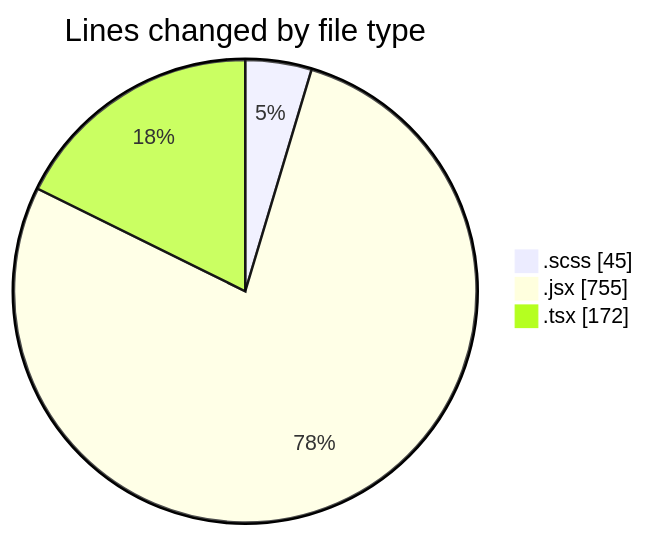
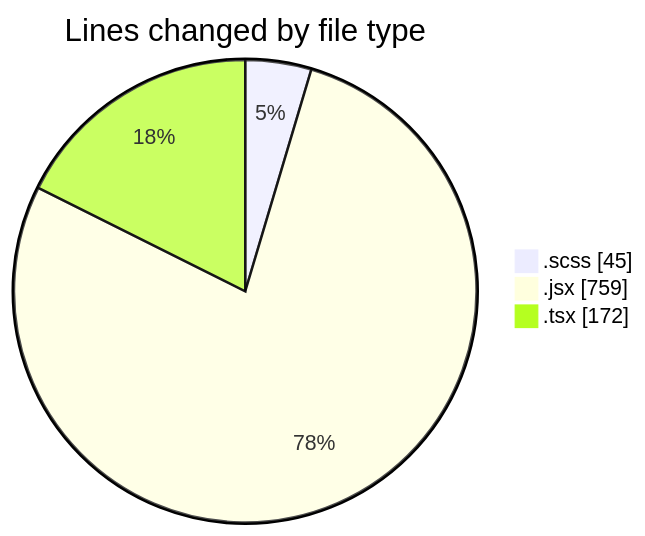
Before and after one commit to momahboobian/code-tracking: the first of 2 diagrams in 2025-06-03/cda/README.md, drawn with Mermaid. The commit also changed other lines of this file and 1 other file, not shown here.

````diff
--- a/2025-06-03/cda/README.md
+++ b/2025-06-03/cda/README.md
@@ -23,7 +23,7 @@
 ```mermaid
 pie showData
 title Lines changed by file type
 ".scss" : 45
-".jsx" : 755
+".jsx" : 759
 ".tsx" : 172
 ```
````
